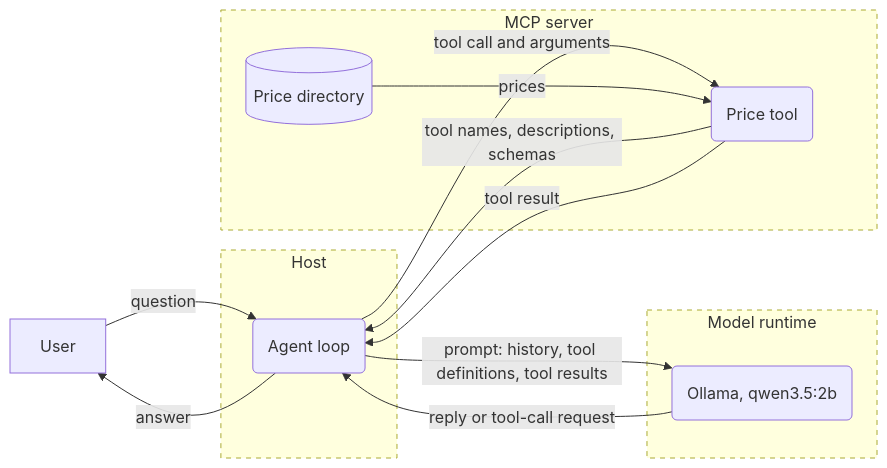
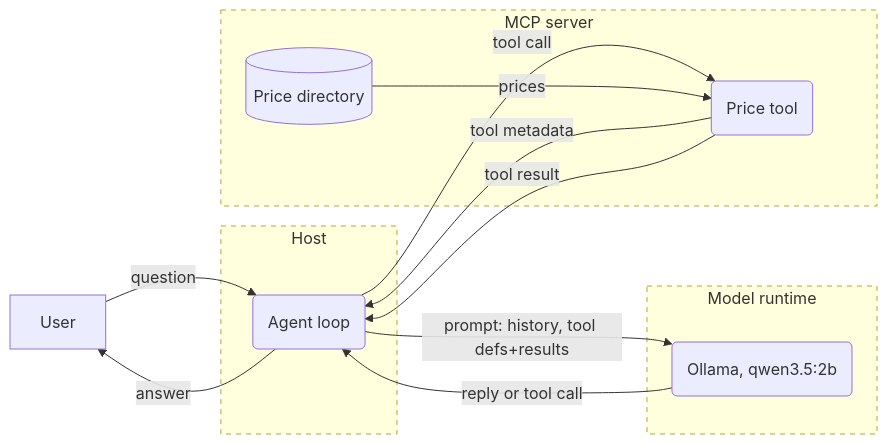
Before and after one commit to alibaabaa/alibaabaa.github.io: the second of 2 diagrams in _posts/2026-09-25-lab-threat-modelling-ai-systems-1.md, drawn with Mermaid. The commit also changed 5 other files, not shown here.

Commit message:
Add support for mermaid diagrams

````diff
--- a/_posts/2026-09-25-lab-threat-modelling-ai-systems-1.md
+++ b/_posts/2026-09-25-lab-threat-modelling-ai-systems-1.md
@@ -76,25 +76,25 @@
 ```mermaid
 flowchart LR
   C[User]
   subgraph TZ1["Host"]
     H("Agent loop")
   end
   subgraph TZ2["Model runtime"]
     M("Ollama, qwen3.5:2b")
   end
   subgraph TZ3["MCP server"]
     S("Price tool")
     D[("Price directory")]
   end
   C -- "question" --> H
   H -- "answer" --> C
-  H -- "prompt: history, tool definitions, tool results" --> M
-  M -- "reply or tool-call request" --> H
-  S -- "tool names, descriptions, schemas" --> H
-  H -- "tool call and arguments" --> S
+  H -- "prompt: history, tool defs+results" --> M
+  M -- "reply or tool call" --> H
+  S -- "tool metadata" --> H
+  H -- "tool call" --> S
   S -- "tool result" --> H
   D -- "prices" --> S
   style TZ1 stroke-dasharray: 5 5
   style TZ2 stroke-dasharray: 5 5
   style TZ3 stroke-dasharray: 5 5
 ```
````
